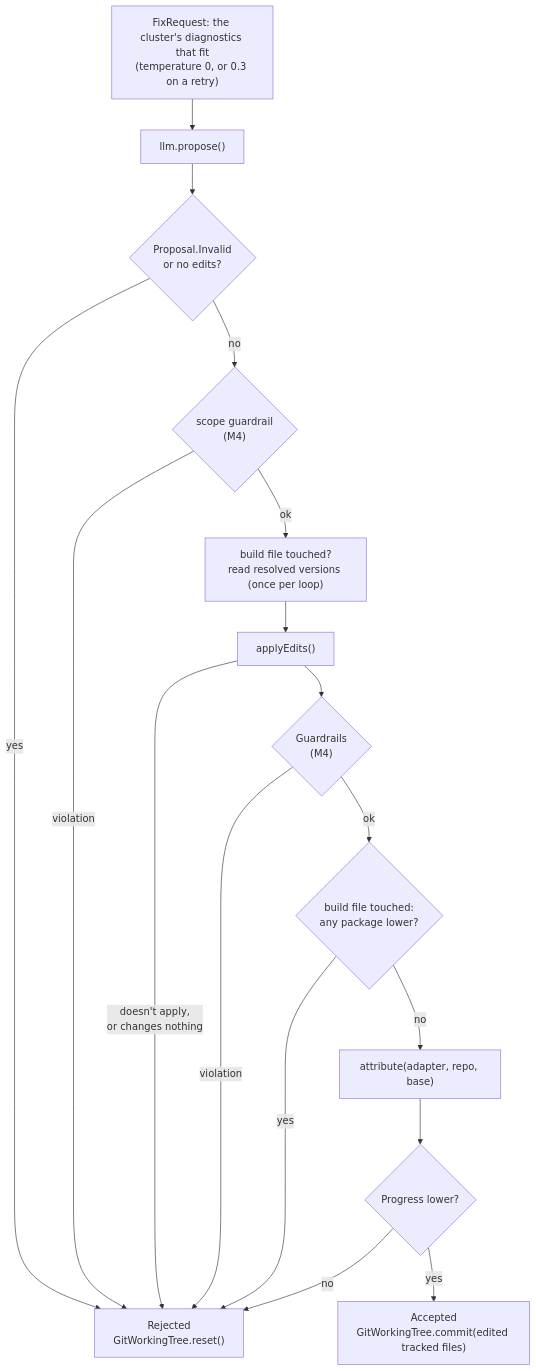
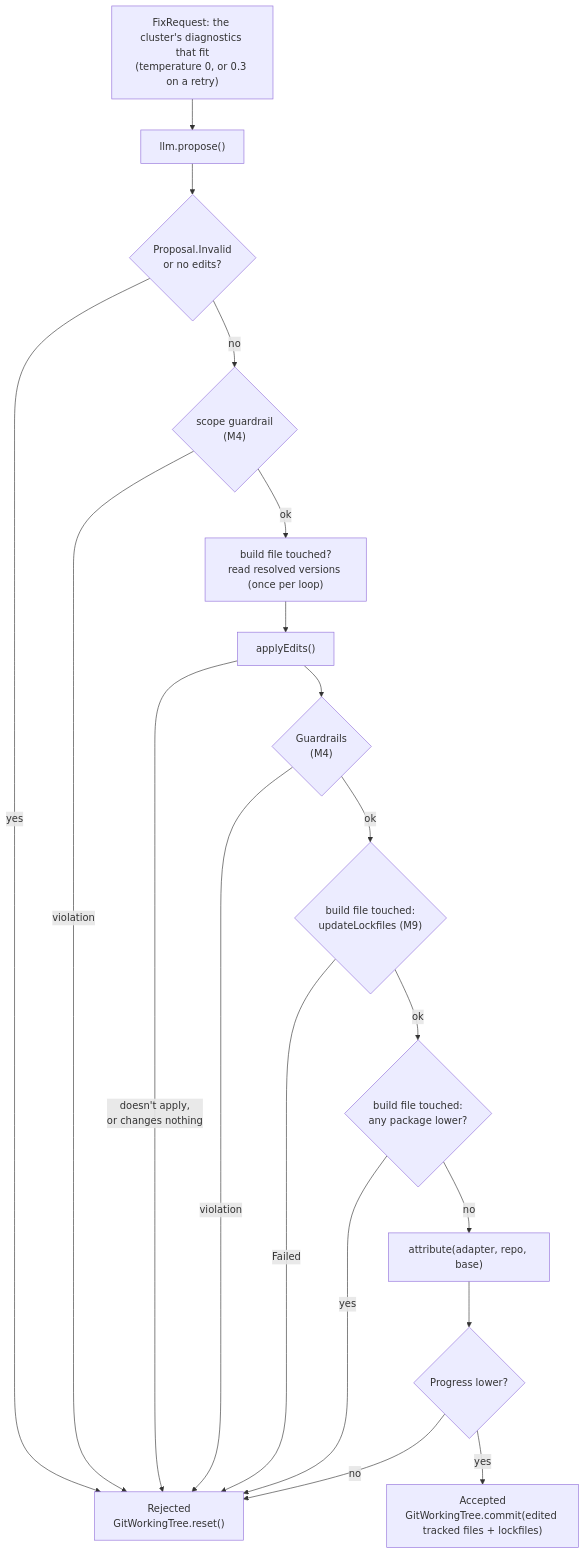
Before and after one commit to danvan86/lector-ai: the fourth of 4 diagrams in docs/architecture/fix-loop.md, drawn with Mermaid. The commit also changed other lines of this file and 9 other files, not shown here.

First line of the commit message:
docs(architecture): document the TypeScript adapter and sync the docs with M9

````diff
--- a/docs/architecture/fix-loop.md
+++ b/docs/architecture/fix-loop.md
@@ -108,19 +112,21 @@
 ```mermaid
 flowchart TB
     req["FixRequest: the cluster's diagnostics that fit<br/>(temperature 0, or 0.3 on a retry)"] --> propose["llm.propose()"]
     propose --> invalid{"Proposal.Invalid<br/>or no edits?"}
     invalid -- yes --> rej["Rejected<br/>GitWorkingTree.reset()"]
     invalid -- no --> scope{"scope guardrail<br/>(M4)"}
     scope -- violation --> rej
     scope -- ok --> before["build file touched?<br/>read resolved versions (once per loop)"]
     before --> apply["applyEdits()"]
     apply -- "doesn't apply,<br/>or changes nothing" --> rej
     apply --> guard{"Guardrails<br/>(M4)"}
     guard -- violation --> rej
-    guard -- ok --> down{"build file touched:<br/>any package lower?"}
+    guard -- ok --> lock{"build file touched:<br/>updateLockfiles (M9)"}
+    lock -- Failed --> rej
+    lock -- ok --> down{"build file touched:<br/>any package lower?"}
     down -- yes --> rej
     down -- no --> verify["attribute(adapter, repo, base)"]
     verify --> prog{"Progress lower?"}
     prog -- no --> rej
-    prog -- yes --> acc["Accepted<br/>GitWorkingTree.commit(edited tracked files)"]
+    prog -- yes --> acc["Accepted<br/>GitWorkingTree.commit(edited tracked files + lockfiles)"]
 ```
````
